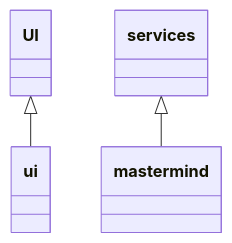
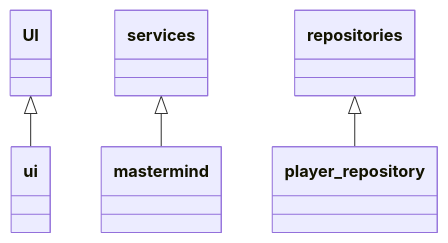
The diagram in dokumentaatio/arkkitehtuuri.md (kanuuna1/ohte), drawn with Mermaid before and after one commit. The commit also changed 3 other files, not shown here.

````diff
--- a/dokumentaatio/arkkitehtuuri.md
+++ b/dokumentaatio/arkkitehtuuri.md
@@ -3,7 +3,7 @@
 ```mermaid
 classDiagram
     UI <|-- ui
     services <|-- mastermind
-    repositories
+    repositories <|-- player_repository
 
 ```
````
